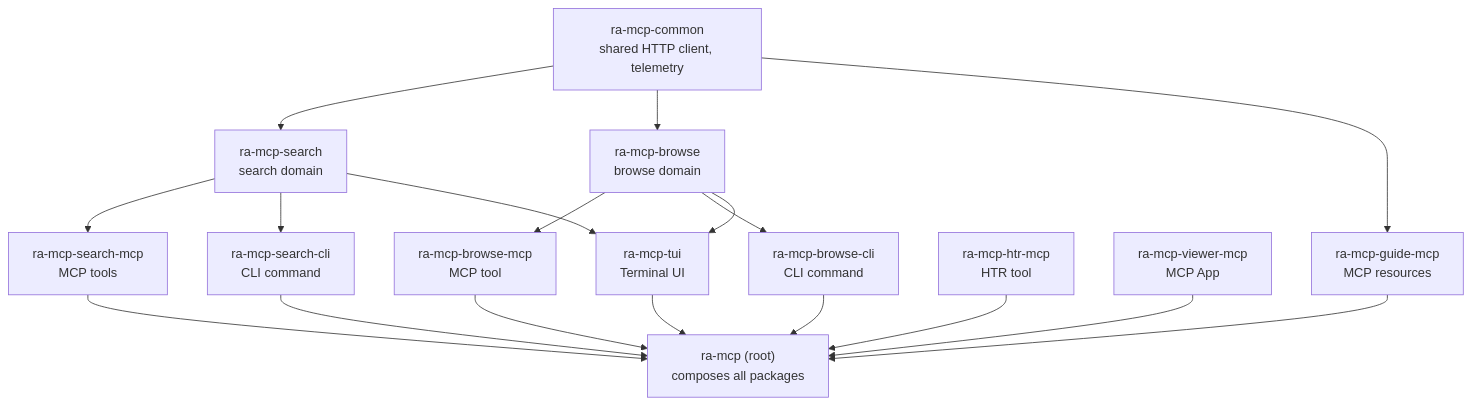
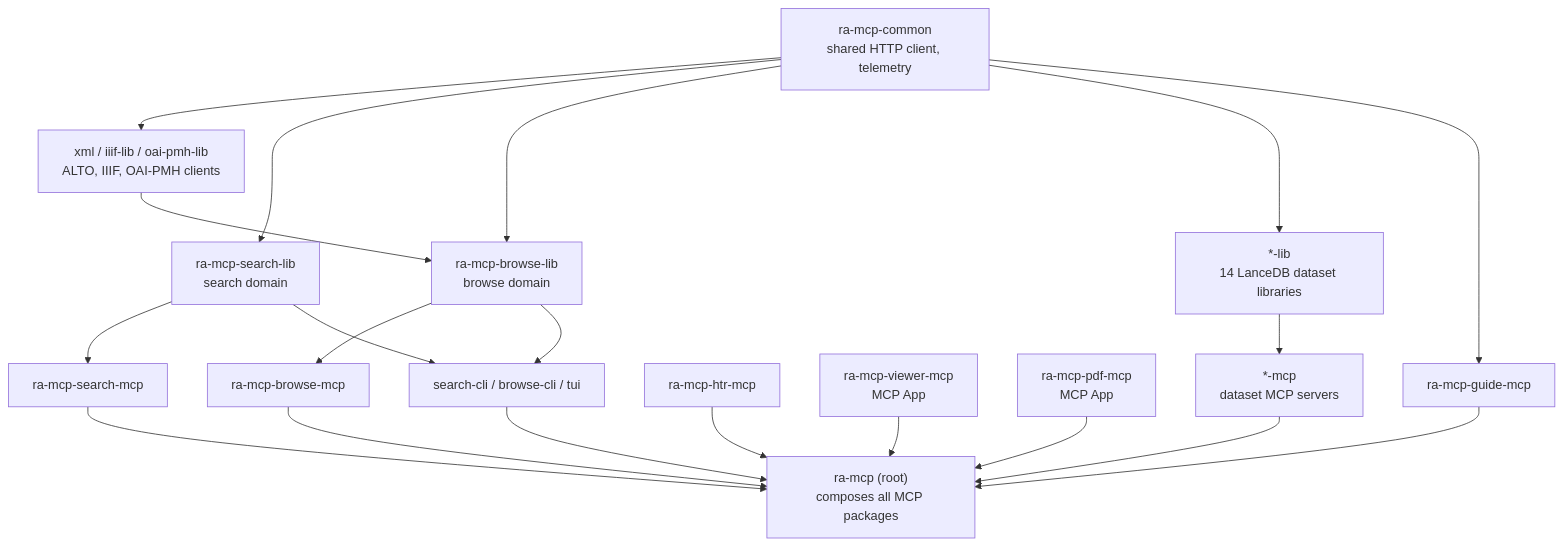
The diagram in docs/how-it-works/architecture.md (AI-Riksarkivet/ra-mcp), drawn with Mermaid before and after one commit. The commit also changed other lines of this file and 40 other files, not shown here.

````diff
--- a/docs/how-it-works/architecture.md
+++ b/docs/how-it-works/architecture.md
@@ -27,23 +69,27 @@
 ``` mermaid
 graph TD
   common["ra-mcp-common\nshared HTTP client, telemetry"]
 
-  search["ra-mcp-search\nsearch domain"]
-  browse["ra-mcp-browse\nbrowse domain"]
+  clients["xml / iiif-lib / oai-pmh-lib\nALTO, IIIF, OAI-PMH clients"]
+  search["ra-mcp-search-lib\nsearch domain"]
+  browse["ra-mcp-browse-lib\nbrowse domain"]
+  datasets["*-lib\n14 LanceDB dataset libraries"]
 
-  search_mcp["ra-mcp-search-mcp\nMCP tools"]
-  search_cli["ra-mcp-search-cli\nCLI command"]
-  browse_mcp["ra-mcp-browse-mcp\nMCP tool"]
-  browse_cli["ra-mcp-browse-cli\nCLI command"]
-  guide["ra-mcp-guide-mcp\nMCP resources"]
-  htr["ra-mcp-htr-mcp\nHTR tool"]
+  search_mcp["ra-mcp-search-mcp"]
+  browse_mcp["ra-mcp-browse-mcp"]
+  guide["ra-mcp-guide-mcp"]
+  htr["ra-mcp-htr-mcp"]
   viewer["ra-mcp-viewer-mcp\nMCP App"]
-  tui["ra-mcp-tui\nTerminal UI"]
+  pdf["ra-mcp-pdf-mcp\nMCP App"]
+  dataset_mcp["*-mcp\ndataset MCP servers"]
+  cli["search-cli / browse-cli / tui"]
 
-  root["ra-mcp (root)\ncomposes all packages"]
+  root["ra-mcp (root)\ncomposes all MCP packages"]
 
-  common --> search & browse & guide
-  search --> search_mcp & search_cli & tui
-  browse --> browse_mcp & browse_cli & tui
-  search_mcp & search_cli & browse_mcp & browse_cli & guide & htr & viewer & tui --> root
+  common --> clients & search & browse & datasets & guide
+  clients --> browse
+  search --> search_mcp & cli
+  browse --> browse_mcp & cli
+  datasets --> dataset_mcp
+  search_mcp & browse_mcp & guide & htr & viewer & pdf & dataset_mcp & cli --> root
 ```
````
